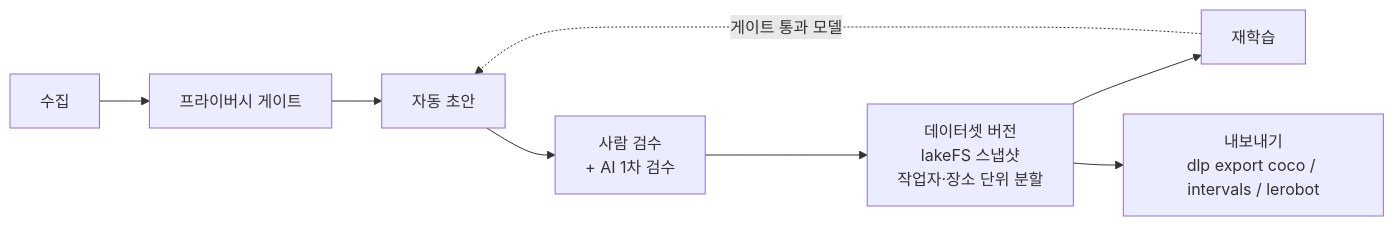
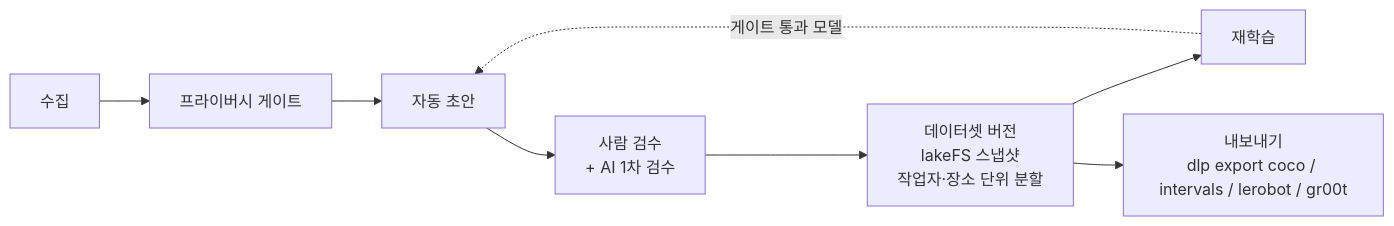
One commit to west-origin/data_labeling changed the fifth of 5 diagrams in README.md. Above: the diagram before and after it, drawn with Mermaid. The commit also changed other lines of this file and 56 other files, not shown here.

````diff
--- a/README.md
+++ b/README.md
@@ -136,10 +136,10 @@
 ```mermaid
 flowchart LR
   A["수집"] --> PG["프라이버시 게이트"]
   PG --> B["자동 초안"]
   B --> C["사람 검수<br/>+ AI 1차 검수"]
   C --> D["데이터셋 버전<br/>lakeFS 스냅샷<br/>작업자·장소 단위 분할"]
   D --> T["재학습"]
   T -.->|"게이트 통과 모델"| B
-  D --> E["내보내기<br/>dlp export coco / intervals / lerobot"]
+  D --> E["내보내기<br/>dlp export coco / intervals / lerobot / gr00t"]
 ```
````
